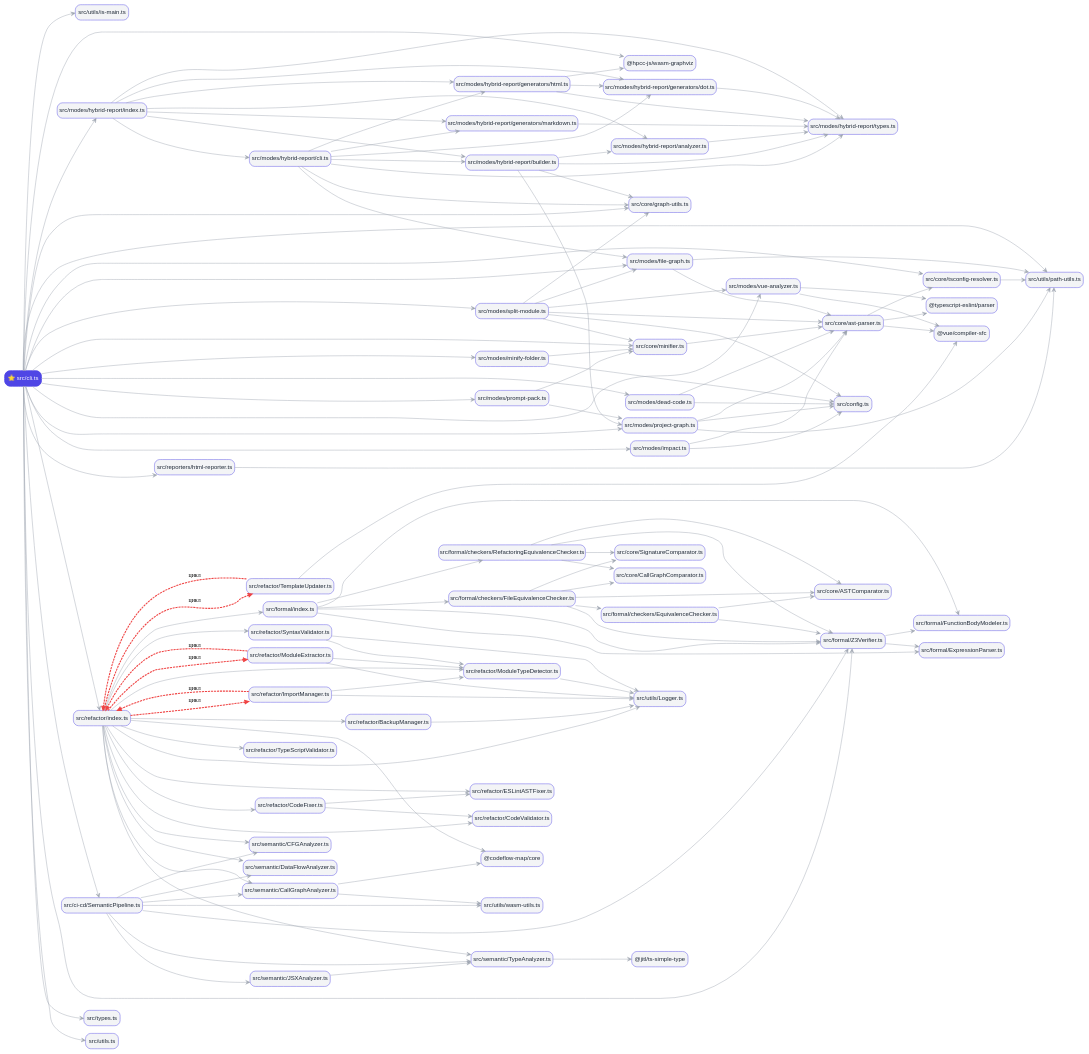
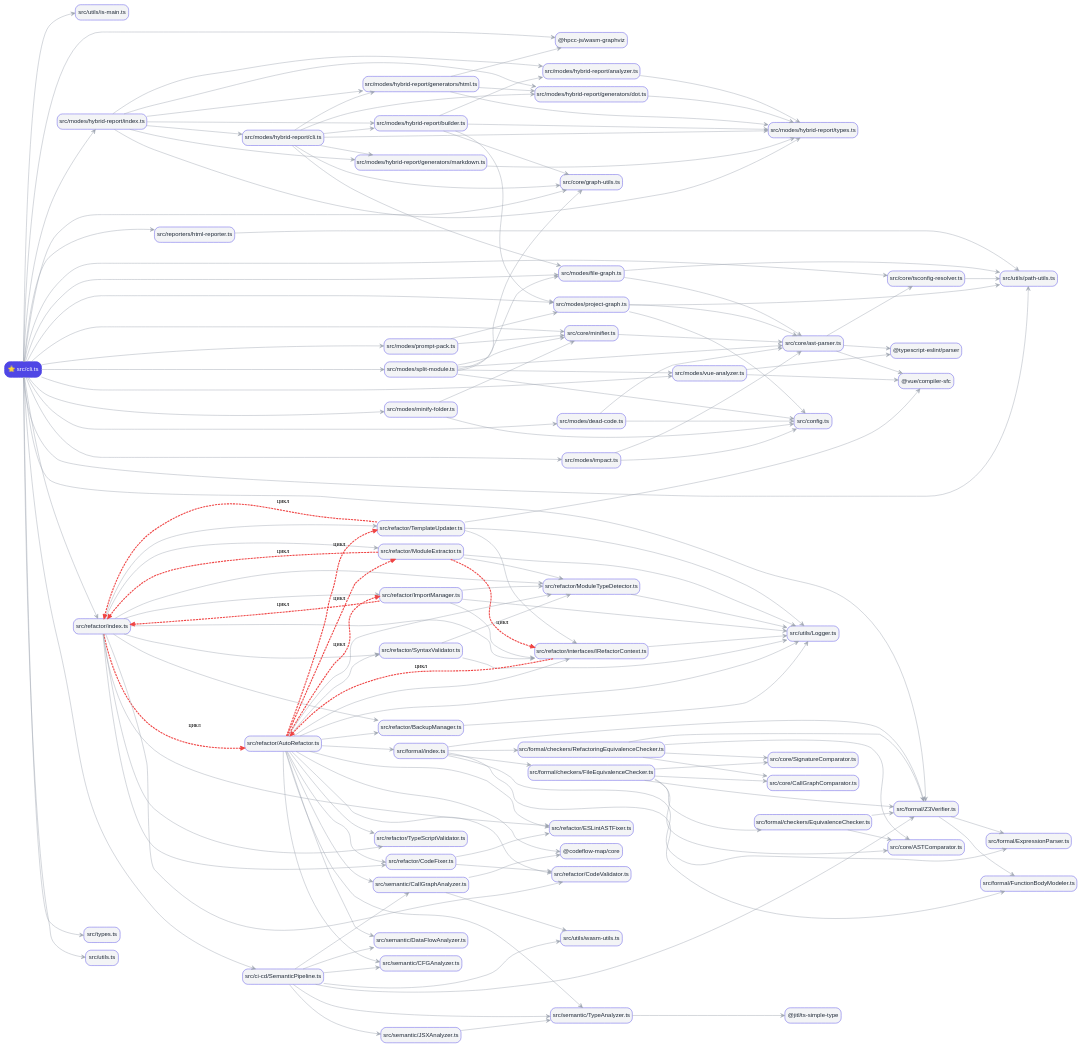
Before and after one commit to ZababurinSergei/ast-analyzer: the diagram in reports/component-tree-deep/output.dot, drawn with Graphviz. The commit also changed 9 other files, not shown here.

```diff
--- a/reports/component-tree-deep/output.dot
+++ b/reports/component-tree-deep/output.dot
@@ -1,139 +1,158 @@
 digraph "Dependency Graph" {
   rankdir=LR;
   splines=true;
   node [shape=box, style="filled,rounded", color="#4f46e5", fontname="Arial", fillcolor="#f3f4f6", fontcolor="#1f2937", penwidth=1];
   edge [color="#9ca3af", arrowhead=vee, penwidth=1];
   "src/cli.ts" [fillcolor="#4f46e5", fontcolor="#ffffff", penwidth=2, label="⭐ src/cli.ts"];
   "src/cli.ts" -> "src/utils/is-main.ts";
   "src/cli.ts" -> "@hpcc-js/wasm-graphviz";
   "src/cli.ts" -> "src/core/minifier.ts";
   "src/cli.ts" -> "src/core/graph-utils.ts";
   "src/cli.ts" -> "src/core/tsconfig-resolver.ts";
   "src/cli.ts" -> "src/modes/project-graph.ts";
   "src/cli.ts" -> "src/modes/file-graph.ts";
   "src/cli.ts" -> "src/modes/prompt-pack.ts";
   "src/cli.ts" -> "src/modes/split-module.ts";
   "src/cli.ts" -> "src/modes/impact.ts";
   "src/cli.ts" -> "src/modes/dead-code.ts";
   "src/cli.ts" -> "src/modes/minify-folder.ts";
   "src/cli.ts" -> "src/modes/vue-analyzer.ts";
   "src/cli.ts" -> "src/refactor/index.ts";
   "src/cli.ts" -> "src/ci-cd/SemanticPipeline.ts";
   "src/cli.ts" -> "src/formal/Z3Verifier.ts";
   "src/cli.ts" -> "src/modes/hybrid-report/index.ts";
   "src/cli.ts" -> "src/reporters/html-reporter.ts";
   "src/cli.ts" -> "src/types.ts";
   "src/cli.ts" -> "src/utils.ts";
   "src/cli.ts" -> "src/utils/path-utils.ts";
   "src/core/minifier.ts" -> "src/core/ast-parser.ts";
   "src/core/tsconfig-resolver.ts" -> "src/utils/path-utils.ts";
   "src/modes/project-graph.ts" -> "src/core/ast-parser.ts";
   "src/modes/project-graph.ts" -> "src/config.ts";
   "src/modes/project-graph.ts" -> "src/utils/path-utils.ts";
   "src/modes/file-graph.ts" -> "src/core/ast-parser.ts";
   "src/modes/file-graph.ts" -> "src/utils/path-utils.ts";
   "src/modes/prompt-pack.ts" -> "src/modes/project-graph.ts";
   "src/modes/prompt-pack.ts" -> "src/core/minifier.ts";
   "src/modes/split-module.ts" -> "src/core/ast-parser.ts";
   "src/modes/split-module.ts" -> "src/core/minifier.ts";
   "src/modes/split-module.ts" -> "src/modes/file-graph.ts";
   "src/modes/split-module.ts" -> "src/core/graph-utils.ts";
   "src/modes/split-module.ts" -> "src/config.ts";
   "src/modes/split-module.ts" -> "src/modes/vue-analyzer.ts";
   "src/modes/impact.ts" -> "src/core/ast-parser.ts";
   "src/modes/impact.ts" -> "src/config.ts";
   "src/modes/dead-code.ts" -> "src/core/ast-parser.ts";
   "src/modes/dead-code.ts" -> "src/config.ts";
   "src/modes/minify-folder.ts" -> "src/core/minifier.ts";
   "src/modes/minify-folder.ts" -> "src/config.ts";
   "src/modes/vue-analyzer.ts" -> "@vue/compiler-sfc";
   "src/modes/vue-analyzer.ts" -> "@typescript-eslint/parser";
-  "src/refactor/index.ts" -> "src/utils/Logger.ts";
-  "src/refactor/index.ts" -> "src/refactor/ModuleExtractor.ts" [color="#ef4444", penwidth=2.5, style="dashed", label="цикл"];
-  "src/refactor/index.ts" -> "src/refactor/ImportManager.ts" [color="#ef4444", penwidth=2.5, style="dashed", label="цикл"];
+  "src/refactor/index.ts" -> "src/refactor/AutoRefactor.ts" [color="#ef4444", penwidth=2.5, style="dashed", label="цикл"];
+  "src/refactor/index.ts" -> "src/refactor/ModuleExtractor.ts";
+  "src/refactor/index.ts" -> "src/refactor/ImportManager.ts";
   "src/refactor/index.ts" -> "src/refactor/TypeScriptValidator.ts";
   "src/refactor/index.ts" -> "src/refactor/ESLintASTFixer.ts";
   "src/refactor/index.ts" -> "src/refactor/CodeValidator.ts";
   "src/refactor/index.ts" -> "src/refactor/CodeFixer.ts";
-  "src/refactor/index.ts" -> "src/refactor/TemplateUpdater.ts" [color="#ef4444", penwidth=2.5, style="dashed", label="цикл"];
-  "src/refactor/index.ts" -> "@codeflow-map/core";
-  "src/refactor/index.ts" -> "src/semantic/CFGAnalyzer.ts";
-  "src/refactor/index.ts" -> "src/semantic/CallGraphAnalyzer.ts";
-  "src/refactor/index.ts" -> "src/semantic/DataFlowAnalyzer.ts";
-  "src/refactor/index.ts" -> "src/semantic/TypeAnalyzer.ts";
+  "src/refactor/index.ts" -> "src/refactor/TemplateUpdater.ts";
   "src/refactor/index.ts" -> "src/refactor/SyntaxValidator.ts";
   "src/refactor/index.ts" -> "src/refactor/ModuleTypeDetector.ts";
   "src/refactor/index.ts" -> "src/refactor/BackupManager.ts";
-  "src/refactor/index.ts" -> "src/formal/index.ts";
+  "src/refactor/index.ts" -> "src/refactor/interfaces/IRefactorContext.ts";
   "src/ci-cd/SemanticPipeline.ts" -> "src/semantic/CFGAnalyzer.ts";
   "src/ci-cd/SemanticPipeline.ts" -> "src/semantic/CallGraphAnalyzer.ts";
   "src/ci-cd/SemanticPipeline.ts" -> "src/semantic/TypeAnalyzer.ts";
   "src/ci-cd/SemanticPipeline.ts" -> "src/semantic/DataFlowAnalyzer.ts";
   "src/ci-cd/SemanticPipeline.ts" -> "src/formal/Z3Verifier.ts";
   "src/ci-cd/SemanticPipeline.ts" -> "src/semantic/JSXAnalyzer.ts";
   "src/ci-cd/SemanticPipeline.ts" -> "src/utils/wasm-utils.ts";
   "src/formal/Z3Verifier.ts" -> "src/formal/ExpressionParser.ts";
   "src/formal/Z3Verifier.ts" -> "src/formal/FunctionBodyModeler.ts";
   "src/modes/hybrid-report/index.ts" -> "src/modes/hybrid-report/types.ts";
   "src/modes/hybrid-report/index.ts" -> "src/modes/hybrid-report/cli.ts";
   "src/modes/hybrid-report/index.ts" -> "src/modes/hybrid-report/builder.ts";
   "src/modes/hybrid-report/index.ts" -> "src/modes/hybrid-report/analyzer.ts";
   "src/modes/hybrid-report/index.ts" -> "src/modes/hybrid-report/generators/dot.ts";
   "src/modes/hybrid-report/index.ts" -> "src/modes/hybrid-report/generators/html.ts";
   "src/modes/hybrid-report/index.ts" -> "src/modes/hybrid-report/generators/markdown.ts";
   "src/reporters/html-reporter.ts" -> "src/utils/path-utils.ts";
   "src/core/ast-parser.ts" -> "@typescript-eslint/parser";
   "src/core/ast-parser.ts" -> "@vue/compiler-sfc";
   "src/core/ast-parser.ts" -> "src/core/tsconfig-resolver.ts";
+  "src/refactor/AutoRefactor.ts" -> "src/utils/Logger.ts";
+  "src/refactor/AutoRefactor.ts" -> "src/refactor/ModuleExtractor.ts" [color="#ef4444", penwidth=2.5, style="dashed", label="цикл"];
+  "src/refactor/AutoRefactor.ts" -> "src/refactor/ImportManager.ts" [color="#ef4444", penwidth=2.5, style="dashed", label="цикл"];
+  "src/refactor/AutoRefactor.ts" -> "src/refactor/TypeScriptValidator.ts";
+  "src/refactor/AutoRefactor.ts" -> "src/refactor/ESLintASTFixer.ts";
+  "src/refactor/AutoRefactor.ts" -> "src/refactor/CodeValidator.ts";
+  "src/refactor/AutoRefactor.ts" -> "src/refactor/CodeFixer.ts";
+  "src/refactor/AutoRefactor.ts" -> "src/refactor/TemplateUpdater.ts" [color="#ef4444", penwidth=2.5, style="dashed", label="цикл"];
+  "src/refactor/AutoRefactor.ts" -> "@codeflow-map/core";
+  "src/refactor/AutoRefactor.ts" -> "src/semantic/CFGAnalyzer.ts";
+  "src/refactor/AutoRefactor.ts" -> "src/semantic/CallGraphAnalyzer.ts";
+  "src/refactor/AutoRefactor.ts" -> "src/semantic/DataFlowAnalyzer.ts";
+  "src/refactor/AutoRefactor.ts" -> "src/semantic/TypeAnalyzer.ts";
+  "src/refactor/AutoRefactor.ts" -> "src/refactor/SyntaxValidator.ts";
+  "src/refactor/AutoRefactor.ts" -> "src/refactor/ModuleTypeDetector.ts";
+  "src/refactor/AutoRefactor.ts" -> "src/refactor/BackupManager.ts";
+  "src/refactor/AutoRefactor.ts" -> "src/formal/index.ts";
+  "src/refactor/AutoRefactor.ts" -> "src/refactor/interfaces/IRefactorContext.ts";
   "src/refactor/ModuleExtractor.ts" -> "src/refactor/index.ts" [color="#ef4444", penwidth=2.5, style="dashed", label="цикл"];
   "src/refactor/ModuleExtractor.ts" -> "src/utils/Logger.ts";
   "src/refactor/ModuleExtractor.ts" -> "src/refactor/ModuleTypeDetector.ts";
+  "src/refactor/ModuleExtractor.ts" -> "src/refactor/interfaces/IRefactorContext.ts" [color="#ef4444", penwidth=2.5, style="dashed", label="цикл"];
   "src/refactor/ImportManager.ts" -> "src/refactor/index.ts" [color="#ef4444", penwidth=2.5, style="dashed", label="цикл"];
   "src/refactor/ImportManager.ts" -> "src/utils/Logger.ts";
   "src/refactor/ImportManager.ts" -> "src/refactor/ModuleTypeDetector.ts";
+  "src/refactor/ImportManager.ts" -> "src/refactor/interfaces/IRefactorContext.ts";
   "src/refactor/CodeFixer.ts" -> "src/refactor/CodeValidator.ts";
   "src/refactor/CodeFixer.ts" -> "src/refactor/ESLintASTFixer.ts";
+  "src/refactor/TemplateUpdater.ts" -> "src/refactor/interfaces/IRefactorContext.ts";
   "src/refactor/TemplateUpdater.ts" -> "@vue/compiler-sfc";
   "src/refactor/TemplateUpdater.ts" -> "src/refactor/index.ts" [color="#ef4444", penwidth=2.5, style="dashed", label="цикл"];
-  "src/semantic/CallGraphAnalyzer.ts" -> "@codeflow-map/core";
-  "src/semantic/CallGraphAnalyzer.ts" -> "src/utils/wasm-utils.ts";
-  "src/semantic/TypeAnalyzer.ts" -> "@jitl/ts-simple-type";
+  "src/refactor/TemplateUpdater.ts" -> "src/utils/Logger.ts";
   "src/refactor/SyntaxValidator.ts" -> "src/utils/Logger.ts";
   "src/refactor/SyntaxValidator.ts" -> "src/refactor/ModuleTypeDetector.ts";
   "src/refactor/ModuleTypeDetector.ts" -> "src/utils/Logger.ts";
   "src/refactor/BackupManager.ts" -> "src/utils/Logger.ts";
-  "src/formal/index.ts" -> "src/formal/Z3Verifier.ts";
-  "src/formal/index.ts" -> "src/formal/FunctionBodyModeler.ts";
-  "src/formal/index.ts" -> "src/formal/checkers/FileEquivalenceChecker.ts";
-  "src/formal/index.ts" -> "src/formal/checkers/RefactoringEquivalenceChecker.ts";
-  "src/formal/index.ts" -> "src/formal/ExpressionParser.ts";
+  "src/refactor/interfaces/IRefactorContext.ts" -> "src/refactor/AutoRefactor.ts" [color="#ef4444", penwidth=2.5, style="dashed", label="цикл"];
+  "src/refactor/interfaces/IRefactorContext.ts" -> "src/utils/Logger.ts";
+  "src/semantic/CallGraphAnalyzer.ts" -> "@codeflow-map/core";
+  "src/semantic/CallGraphAnalyzer.ts" -> "src/utils/wasm-utils.ts";
+  "src/semantic/TypeAnalyzer.ts" -> "@jitl/ts-simple-type";
   "src/semantic/JSXAnalyzer.ts" -> "src/semantic/TypeAnalyzer.ts";
   "src/modes/hybrid-report/cli.ts" -> "src/modes/file-graph.ts";
   "src/modes/hybrid-report/cli.ts" -> "src/core/graph-utils.ts";
   "src/modes/hybrid-report/cli.ts" -> "src/modes/hybrid-report/types.ts";
   "src/modes/hybrid-report/cli.ts" -> "src/modes/hybrid-report/builder.ts";
   "src/modes/hybrid-report/cli.ts" -> "src/modes/hybrid-report/generators/dot.ts";
   "src/modes/hybrid-report/cli.ts" -> "src/modes/hybrid-report/generators/html.ts";
   "src/modes/hybrid-report/cli.ts" -> "src/modes/hybrid-report/generators/markdown.ts";
   "src/modes/hybrid-report/builder.ts" -> "src/modes/project-graph.ts";
   "src/modes/hybrid-report/builder.ts" -> "src/core/graph-utils.ts";
   "src/modes/hybrid-report/builder.ts" -> "src/modes/hybrid-report/types.ts";
   "src/modes/hybrid-report/builder.ts" -> "src/modes/hybrid-report/analyzer.ts";
   "src/modes/hybrid-report/analyzer.ts" -> "src/modes/hybrid-report/types.ts";
   "src/modes/hybrid-report/generators/dot.ts" -> "src/modes/hybrid-report/types.ts";
   "src/modes/hybrid-report/generators/html.ts" -> "@hpcc-js/wasm-graphviz";
   "src/modes/hybrid-report/generators/html.ts" -> "src/modes/hybrid-report/types.ts";
   "src/modes/hybrid-report/generators/html.ts" -> "src/modes/hybrid-report/generators/dot.ts";
   "src/modes/hybrid-report/generators/markdown.ts" -> "src/modes/hybrid-report/types.ts";
+  "src/formal/index.ts" -> "src/formal/Z3Verifier.ts";
+  "src/formal/index.ts" -> "src/formal/FunctionBodyModeler.ts";
+  "src/formal/index.ts" -> "src/formal/checkers/FileEquivalenceChecker.ts";
+  "src/formal/index.ts" -> "src/formal/checkers/RefactoringEquivalenceChecker.ts";
+  "src/formal/index.ts" -> "src/formal/ExpressionParser.ts";
   "src/formal/checkers/FileEquivalenceChecker.ts" -> "src/formal/checkers/EquivalenceChecker.ts";
   "src/formal/checkers/FileEquivalenceChecker.ts" -> "src/formal/Z3Verifier.ts";
   "src/formal/checkers/FileEquivalenceChecker.ts" -> "src/core/ASTComparator.ts";
   "src/formal/checkers/FileEquivalenceChecker.ts" -> "src/core/SignatureComparator.ts";
   "src/formal/checkers/FileEquivalenceChecker.ts" -> "src/core/CallGraphComparator.ts";
   "src/formal/checkers/RefactoringEquivalenceChecker.ts" -> "src/formal/Z3Verifier.ts";
   "src/formal/checkers/RefactoringEquivalenceChecker.ts" -> "src/core/ASTComparator.ts";
   "src/formal/checkers/RefactoringEquivalenceChecker.ts" -> "src/core/SignatureComparator.ts";
   "src/formal/checkers/RefactoringEquivalenceChecker.ts" -> "src/core/CallGraphComparator.ts";
   "src/formal/checkers/EquivalenceChecker.ts" -> "src/formal/Z3Verifier.ts";
   "src/formal/checkers/EquivalenceChecker.ts" -> "src/core/ASTComparator.ts";
 }
```
